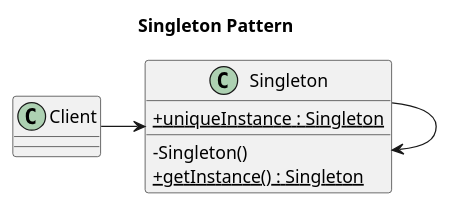
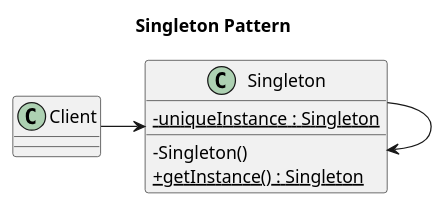
One commit to elmarkrainz/msd18-swdesign-despat changed the diagram in src/main/java/at/fhj/msd/swdesign/singleton/singelton.puml. Above: the diagram before and after it, drawn with PlantUML. The commit also changed 3 other files, not shown here.

```diff
--- a/src/main/java/at/fhj/msd/swdesign/singleton/singelton.puml
+++ b/src/main/java/at/fhj/msd/swdesign/singleton/singelton.puml
@@ -1,15 +1,15 @@
 @startuml
 title Singleton Pattern
 
 skinparam classAttributeIconSize 0
 
 class Singleton{
- + {static} uniqueInstance : Singleton
+ - {static} uniqueInstance : Singleton
  - Singleton()
  + {static} getInstance() : Singleton
 
 }
 
 Singleton --> Singleton
 Client -> Singleton
 @enduml
```
